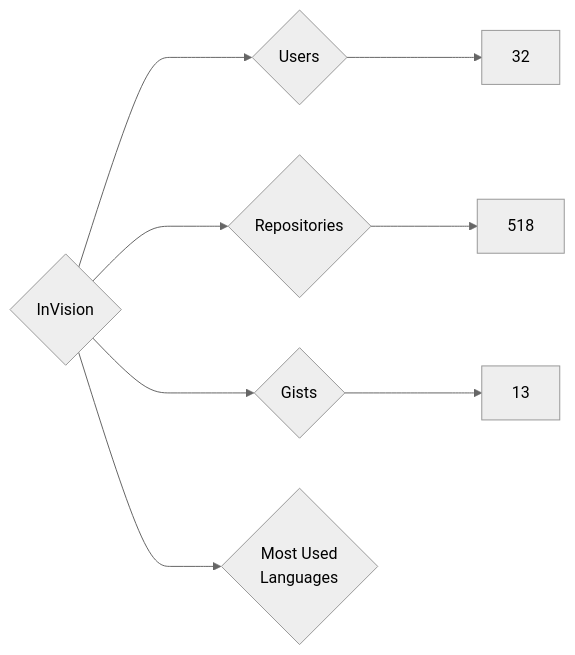
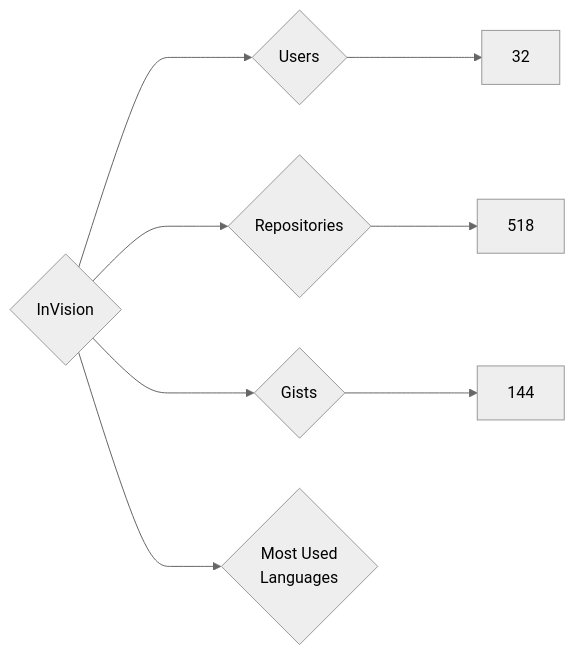
The diagram in targets/InVision/README.md (nenadzaric/insiders), drawn with Mermaid (neutral theme) before and after one commit. The commit also changed 1342 other files, not shown here.

````diff
--- a/targets/InVision/README.md
+++ b/targets/InVision/README.md
@@ -3,8 +3,8 @@
 ```mermaid
 graph LR
 COMPANY_NAME{InVision}
 COMPANY_NAME ---> U{Users} ---> UN[32]
 COMPANY_NAME ---> R{Repositories} ---> RN[518]
-COMPANY_NAME ---> G{Gists} ---> GN[13]
+COMPANY_NAME ---> G{Gists} ---> GN[144]
 COMPANY_NAME ---> ML{Most Used<br>Languages}
 ```
````
